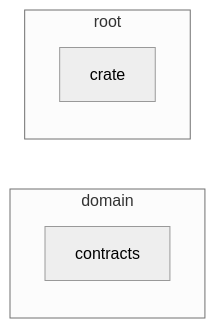
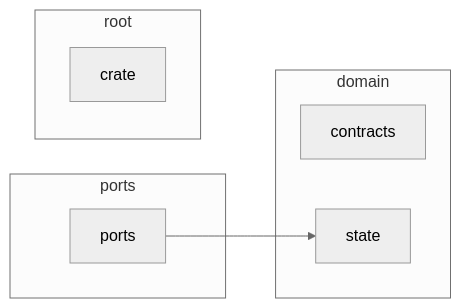
One commit to louislang/ha-jarvis changed the diagram in docs/architecture.md. Above: the diagram before and after it, drawn with Mermaid (neutral theme).

Commit message:
Update the architecture diagram
CI regenerated docs/architecture.md from main.

````diff
--- a/docs/architecture.md
+++ b/docs/architecture.md
@@ -5,9 +5,14 @@
 ```mermaid
 flowchart LR
     subgraph domain
         crate_domain_contracts[contracts]
+        crate_domain_state[state]
+    end
+    subgraph ports
+        crate_ports[ports]
     end
     subgraph root
         crate[crate]
     end
+    crate_ports --> crate_domain_state
 ```
````
